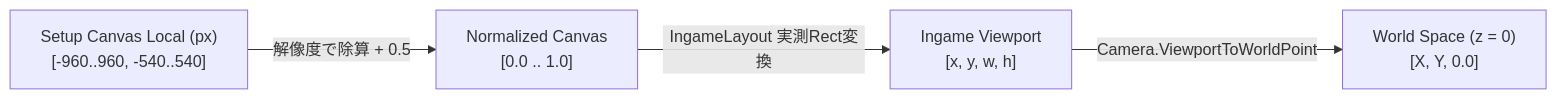
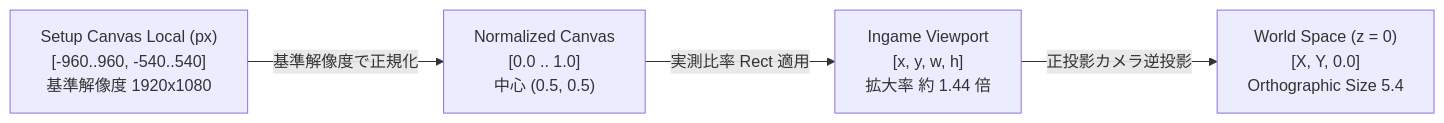
One commit to aptmara/Crane-Public changed the fourth of 8 diagrams in README.md. Above: the diagram before and after it, drawn with Mermaid. The commit also changed other lines of this file and 7 other files, not shown here.

````diff
--- a/README.md
+++ b/README.md
@@ -176,6 +251,6 @@
 ```mermaid
 flowchart LR
-    A["Setup Canvas Local (px)<br/>[-960..960, -540..540]"] -->|解像度で除算 + 0.5| B["Normalized Canvas<br/>[0.0 .. 1.0]"]
-    B -->|IngameLayout 実測Rect変換| C["Ingame Viewport<br/>[x, y, w, h]"]
-    C -->|Camera.ViewportToWorldPoint| D["World Space (z = 0)<br/>[X, Y, 0.0]"]
+    A["Setup Canvas Local (px)<br/>[-960..960, -540..540]<br/>基準解像度 1920x1080"] -->|基準解像度で正規化| B["Normalized Canvas<br/>[0.0 .. 1.0]<br/>中心 (0.5, 0.5)"]
+    B -->|実測比率 Rect 適用| C["Ingame Viewport<br/>[x, y, w, h]<br/>拡大率 約 1.44 倍"]
+    C -->|正投影カメラ逆投影| D["World Space (z = 0)<br/>[X, Y, 0.0]<br/>Orthographic Size 5.4"]
 ```
````
